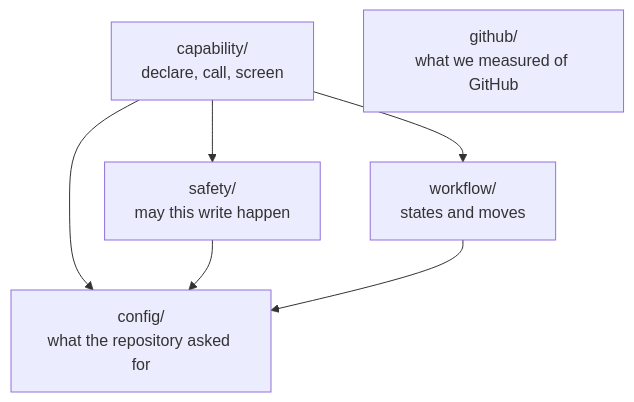
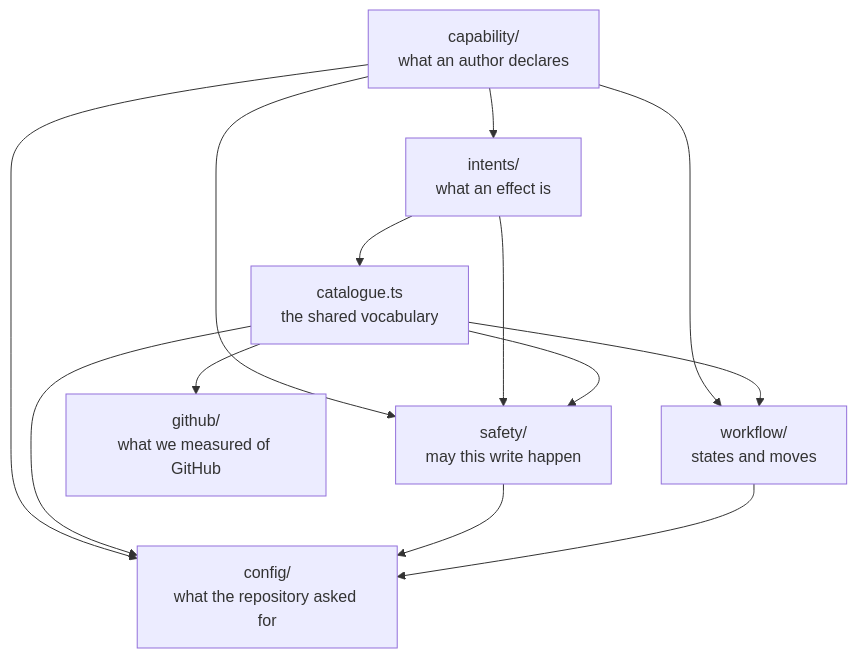
One commit to exploreriii/sdk-automations changed the second of 3 diagrams in packages/core/README.md. Above: the diagram before and after it, drawn with Mermaid. The commit also changed other lines of this file and 49 other files, not shown here.

First line of the commit message:
refactor(core): capability/ for authors, intents/ for effects, catalogue.ts at the root (L1, D175)

````diff
--- a/packages/core/README.md
+++ b/packages/core/README.md
@@ -100,13 +104,22 @@
 ```mermaid
 flowchart TB
-    CAP["capability/<br/>declare, call, screen"]
+    CAP["capability/<br/>what an author declares"]
+    INT["intents/<br/>what an effect is"]
+    CAT["catalogue.ts<br/>the shared vocabulary"]
     SAFE["safety/<br/>may this write happen"]
     WF["workflow/<br/>states and moves"]
     CFG["config/<br/>what the repository asked for"]
     GH["github/<br/>what we measured of GitHub"]
+    CAP --> INT
     CAP --> SAFE
     CAP --> WF
     CAP --> CFG
+    INT --> CAT
+    INT --> SAFE
+    CAT --> SAFE
+    CAT --> WF
+    CAT --> CFG
+    CAT --> GH
     SAFE --> CFG
     WF --> CFG
 ```
````
